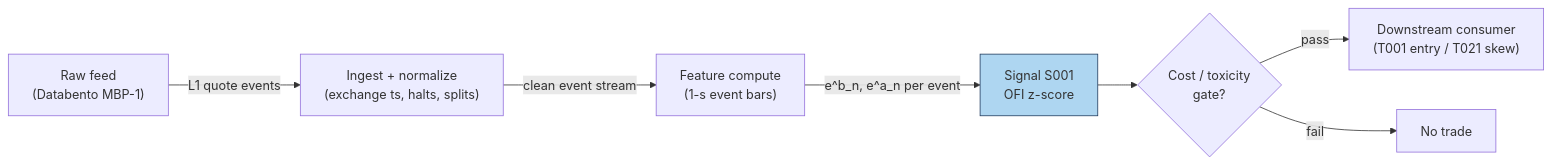
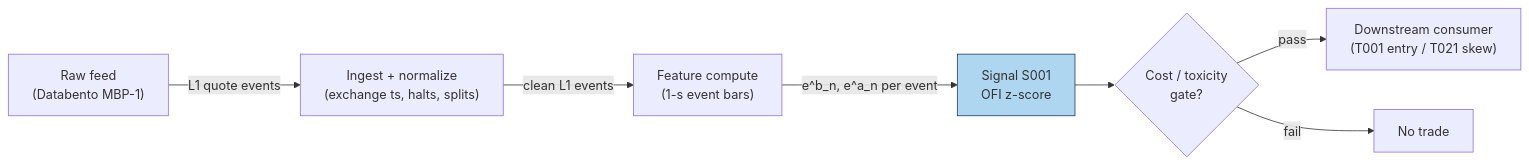
One commit to praveenguptahcl/quant-signals-deep changed the diagram in batches/SB1/S001.md. Above: the diagram before and after it, drawn with Mermaid. The commit also changed other lines of this file and 367 other files, not shown here.

````diff
--- a/batches/SB1/S001.md
+++ b/batches/SB1/S001.md
@@ -174,10 +174,10 @@
 ```mermaid
 flowchart LR
     FEED["Raw feed\n(Databento MBP-1)"] -->|L1 quote events| ING["Ingest + normalize\n(exchange ts, halts, splits)"]
-    ING -->|clean event stream| FEAT["Feature compute\n(1-s event bars)"]
+    ING -->|clean L1 events| FEAT["Feature compute\n(1-s event bars)"]
     FEAT -->|e^b_n, e^a_n per event| SIG["Signal S001\nOFI z-score"]
     SIG --> GATE{"Cost / toxicity\ngate?"}
     GATE -->|pass| OUT["Downstream consumer\n(T001 entry / T021 skew)"]
     GATE -->|fail| DROP["No trade"]
     style SIG fill:#aed6f1,stroke:#1f3a5f
 ```
````
